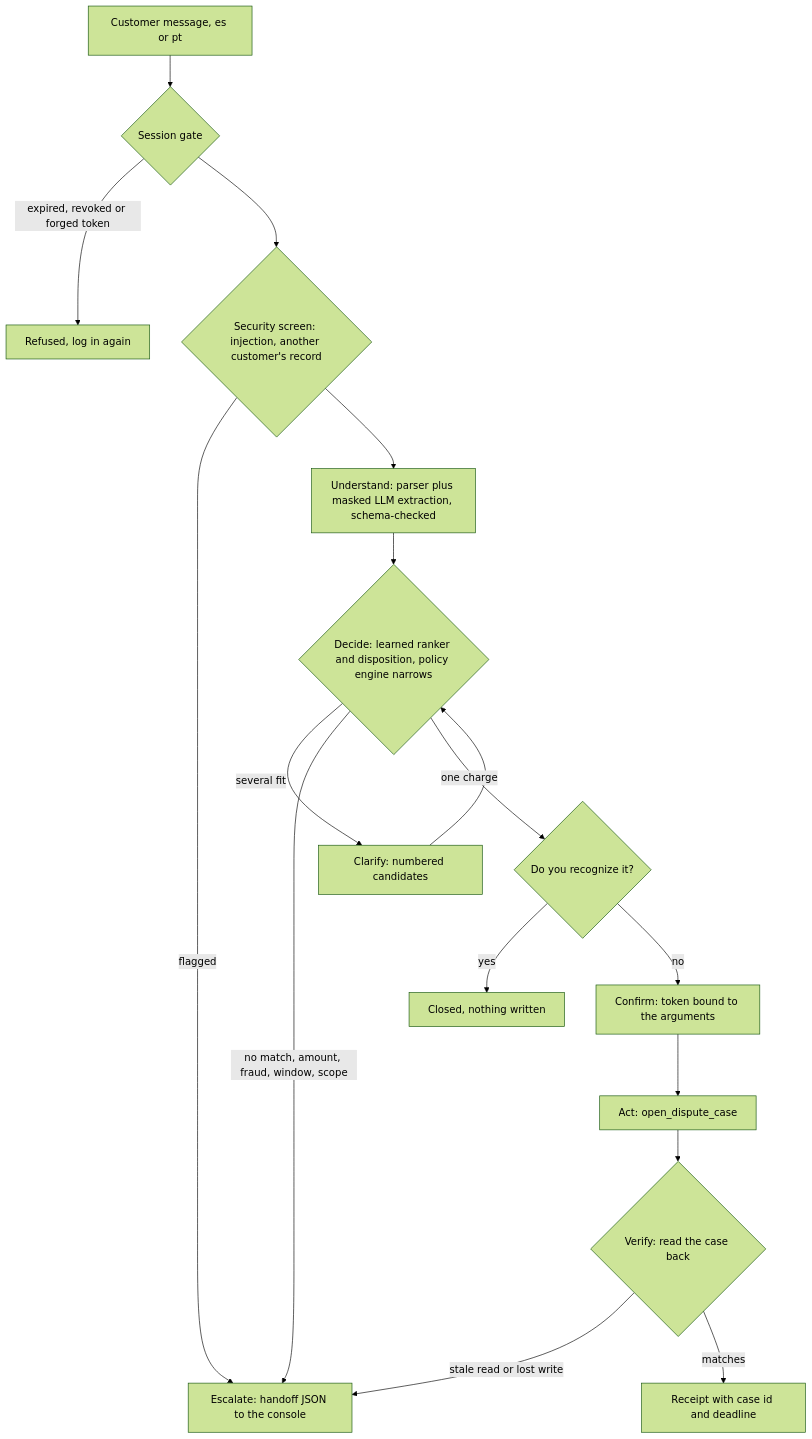
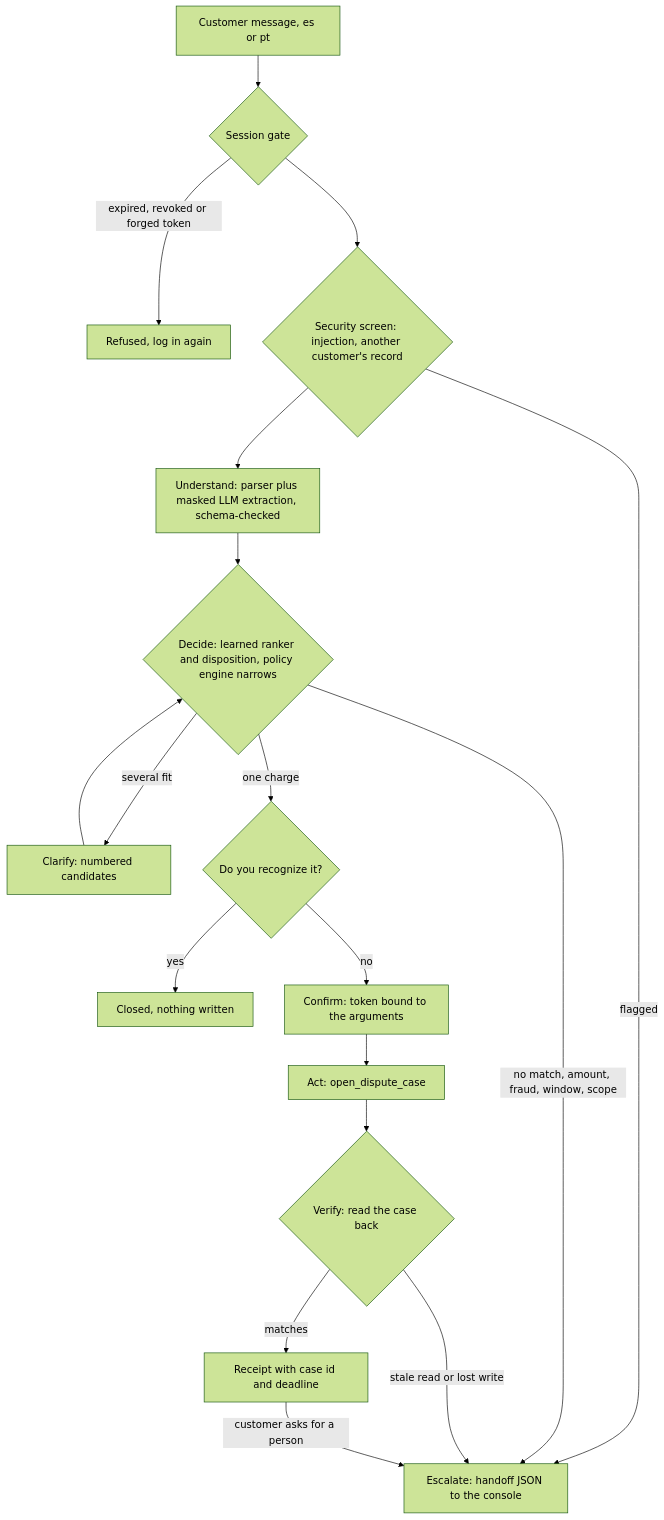
One commit to kasbsquall/factored-hackathon-2026-cautela changed the diagram in README.md. Above: the diagram before and after it, drawn with Mermaid (forest theme). The commit also changed other lines of this file, not shown here.

````diff
--- a/README.md
+++ b/README.md
@@ -77,19 +109,20 @@
 ```mermaid
 flowchart TD
     M["Customer message, es or pt"] --> G{"Session gate"}
     G -- "expired, revoked or forged token" --> X["Refused, log in again"]
     G --> S{"Security screen: injection, another customer's record"}
     S -- "flagged" --> H["Escalate: handoff JSON to the console"]
     S --> U["Understand: parser plus masked LLM extraction, schema-checked"]
     U --> D{"Decide: learned ranker and disposition, policy engine narrows"}
     D -- "several fit" --> C["Clarify: numbered candidates"]
     C --> D
     D -- "no match, amount, fraud, window, scope" --> H
     D -- "one charge" --> R{"Do you recognize it?"}
     R -- "yes" --> Z["Closed, nothing written"]
     R -- "no" --> K["Confirm: token bound to the arguments"]
     K --> A["Act: open_dispute_case"]
     A --> V{"Verify: read the case back"}
     V -- "stale read or lost write" --> H
     V -- "matches" --> O["Receipt with case id and deadline"]
+    O -- "customer asks for a person" --> H
 ```
````
